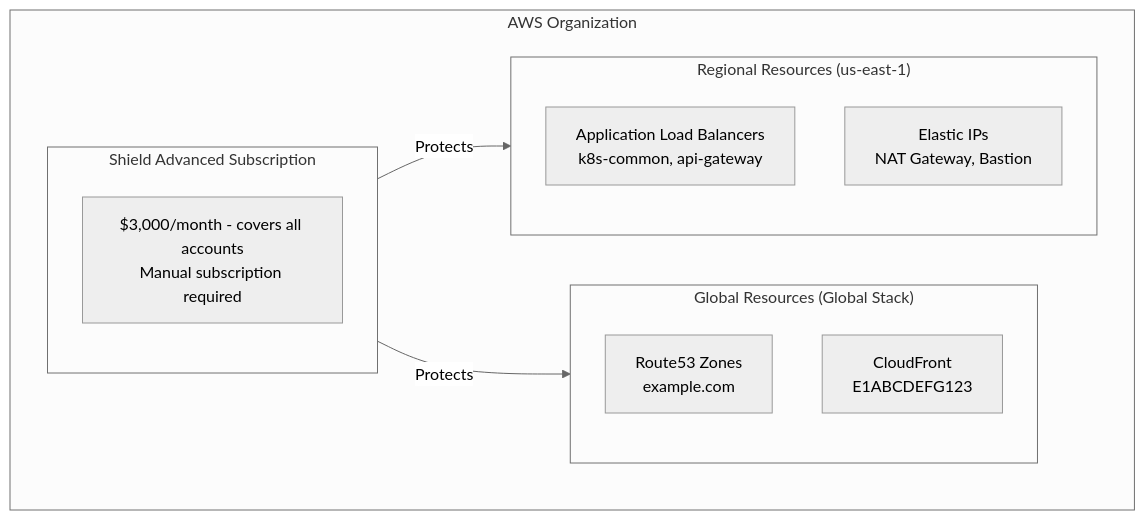
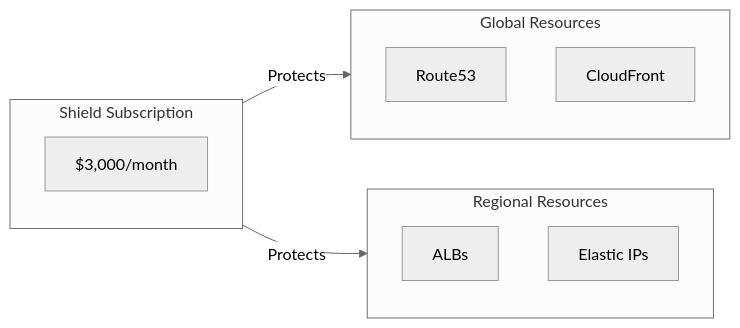
Before and after one commit to cloudposse/docs: the diagram in docs/layers/security-and-compliance/aws-shield.mdx, drawn with Mermaid (neutral theme). The commit also changed 10 other files, not shown here.

````diff
--- a/docs/layers/security-and-compliance/aws-shield.mdx
+++ b/docs/layers/security-and-compliance/aws-shield.mdx
@@ -42,21 +42,19 @@
 ```mermaid
-flowchart TB
-    subgraph org["AWS Organization"]
-        subgraph subscription["Shield Advanced Subscription"]
-            sub_info["$3,000/month - covers all accounts<br/>Manual subscription required"]
-        end
+flowchart LR
+    subgraph subscription["Shield Subscription"]
+        sub_info["$3,000/month"]
+    end
 
-        subgraph global["Global Resources (Global Stack)"]
-            route53["Route53 Zones<br/>example.com"]
-            cloudfront["CloudFront<br/>E1ABCDEFG123"]
-        end
+    subgraph global["Global Resources"]
+        route53["Route53"]
+        cloudfront["CloudFront"]
+    end
 
-        subgraph regional["Regional Resources (us-east-1)"]
-            albs["Application Load Balancers<br/>k8s-common, api-gateway"]
-            eips["Elastic IPs<br/>NAT Gateway, Bastion"]
-        end
+    subgraph regional["Regional Resources"]
+        albs["ALBs"]
+        eips["Elastic IPs"]
     end
 
     subscription -->|"Protects"| global
     subscription -->|"Protects"| regional
 ```
````
